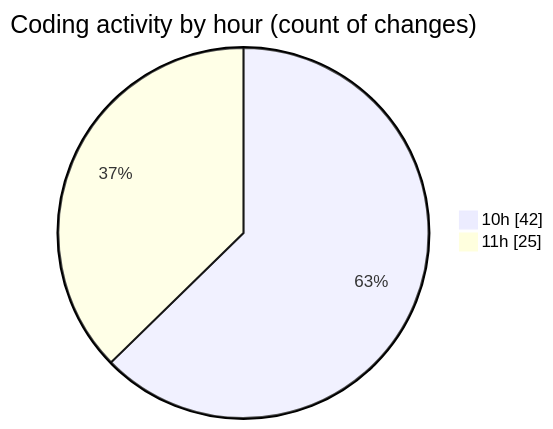
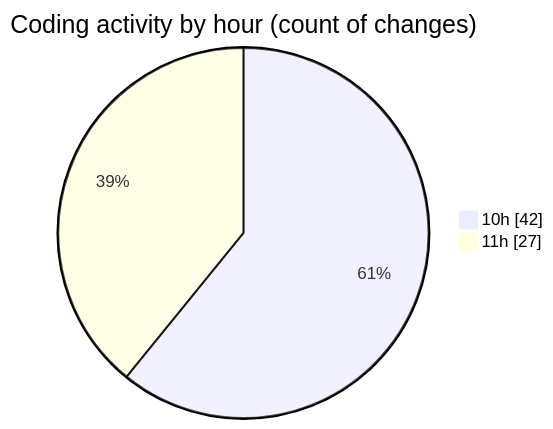
Before and after one commit to CELIANVF/code-tracking: the second of 2 diagrams in 2025-05-15/ecodeli-1/README.md, drawn with Mermaid. The commit also changed other lines of this file and 1 other file, not shown here.

````diff
--- a/2025-05-15/ecodeli-1/README.md
+++ b/2025-05-15/ecodeli-1/README.md
@@ -55,6 +55,6 @@
 ```mermaid
 pie showData
 title Coding activity by hour (count of changes)
 "10h" : 42
-"11h" : 25
+"11h" : 27
 ```
````
